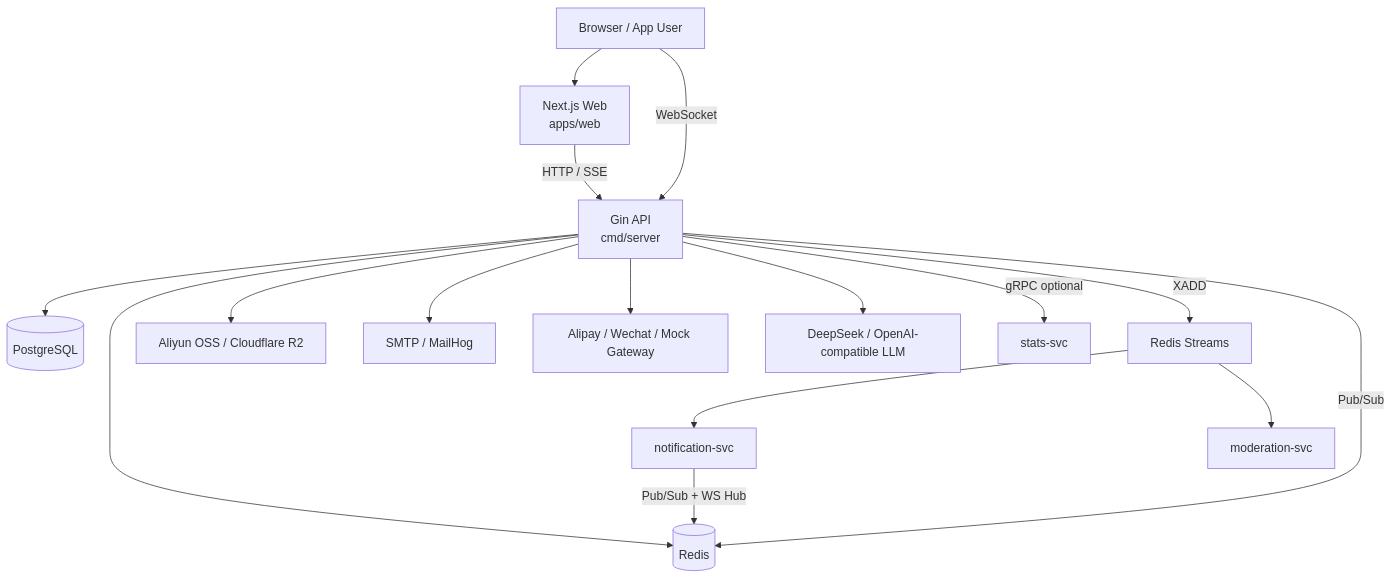
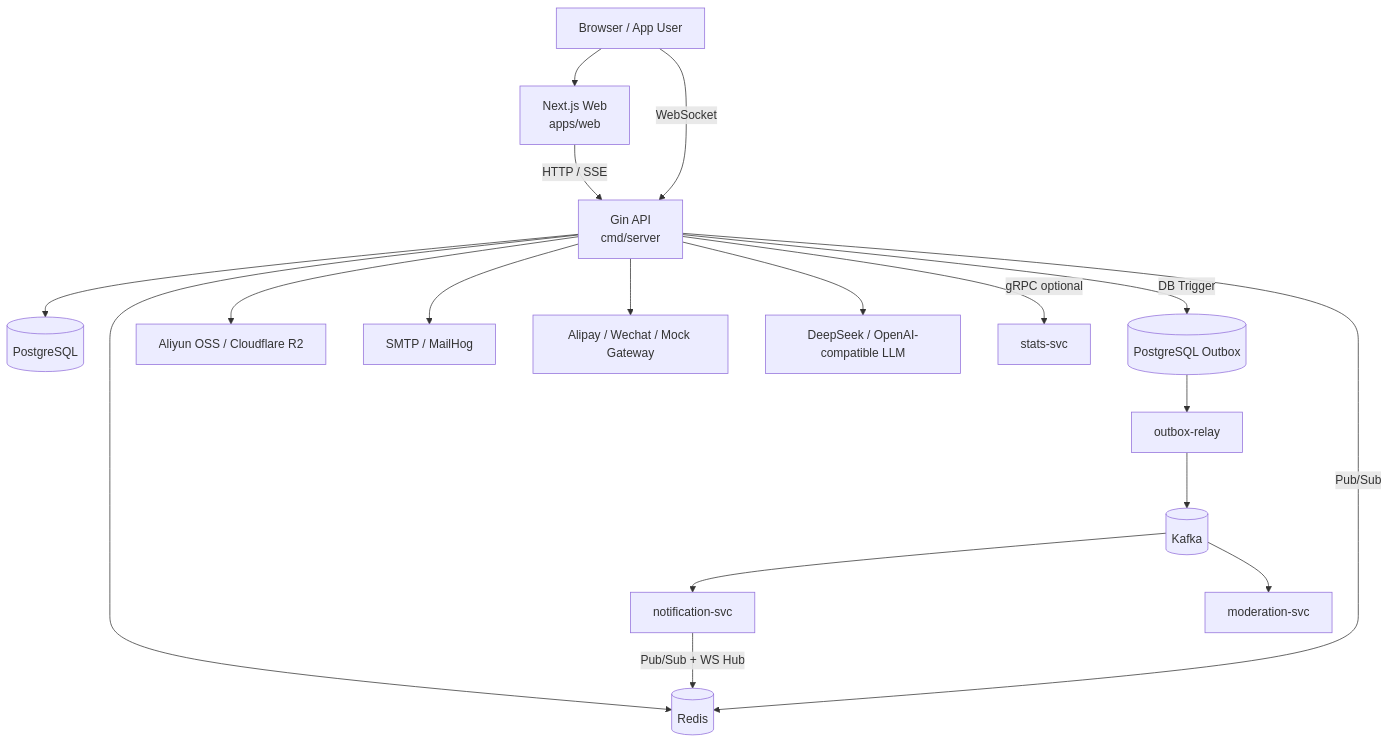
The first of 4 diagrams in docs/ARCHITECTURE.md (dragonchengxyl/go-web), drawn with Mermaid before and after one commit. The commit also changed other lines of this file and 27 other files, not shown here.

First line of the commit message:
feat: 将业务事件总线默认切换为 Kafka + Outbox

````diff
--- a/docs/ARCHITECTURE.md
+++ b/docs/ARCHITECTURE.md
@@ -83,21 +83,23 @@
 ```mermaid
 graph TD
     U[Browser / App User] --> W[Next.js Web<br/>apps/web]
     U -->|WebSocket| API
     W -->|HTTP / SSE| API[Gin API<br/>cmd/server]
 
     API --> PG[(PostgreSQL)]
     API --> R[(Redis)]
     API --> OSS[Aliyun OSS / Cloudflare R2]
     API --> MAIL[SMTP / MailHog]
     API --> PAY[Alipay / Wechat / Mock Gateway]
     API --> LLM[DeepSeek / OpenAI-compatible LLM]
 
     API -->|gRPC optional| STATS[stats-svc]
-    API -->|XADD| STREAMS[Redis Streams]
-    STREAMS --> NOTIFY[notification-svc]
-    STREAMS --> MOD[moderation-svc]
+    API -->|DB Trigger| OUTBOX[(PostgreSQL Outbox)]
+    OUTBOX --> RELAY[outbox-relay]
+    RELAY --> KAFKA[(Kafka)]
+    KAFKA --> NOTIFY[notification-svc]
+    KAFKA --> MOD[moderation-svc]
 
     API -->|Pub/Sub| R
     NOTIFY -->|Pub/Sub + WS Hub| R
 ```
````
